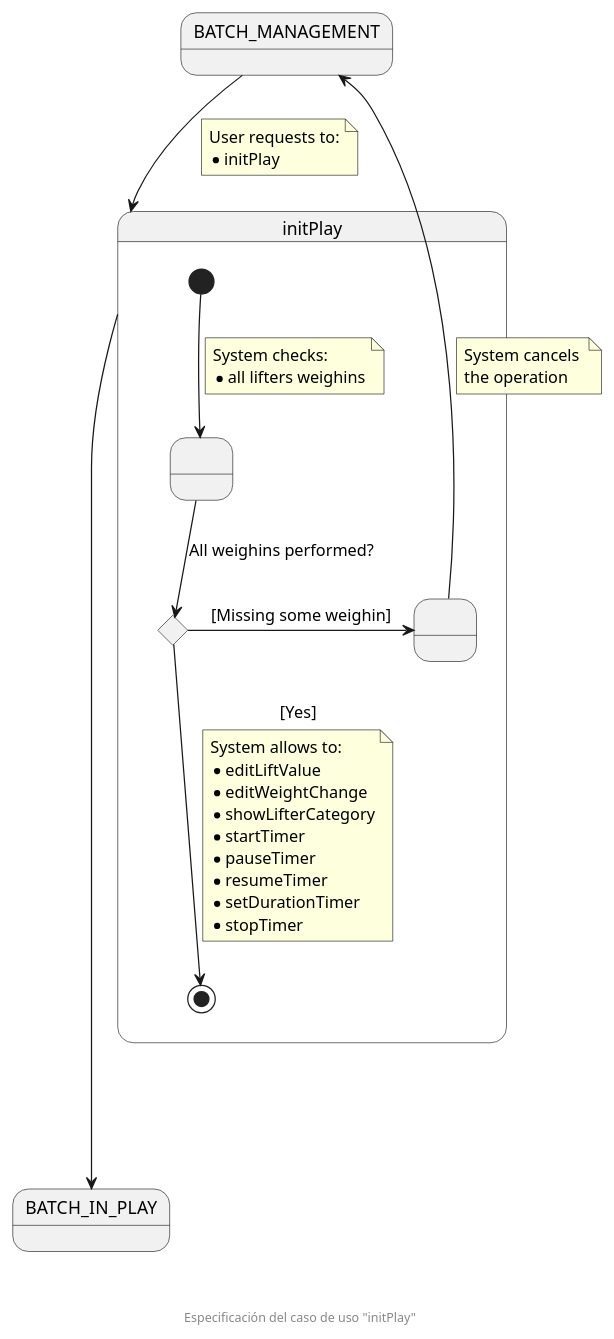
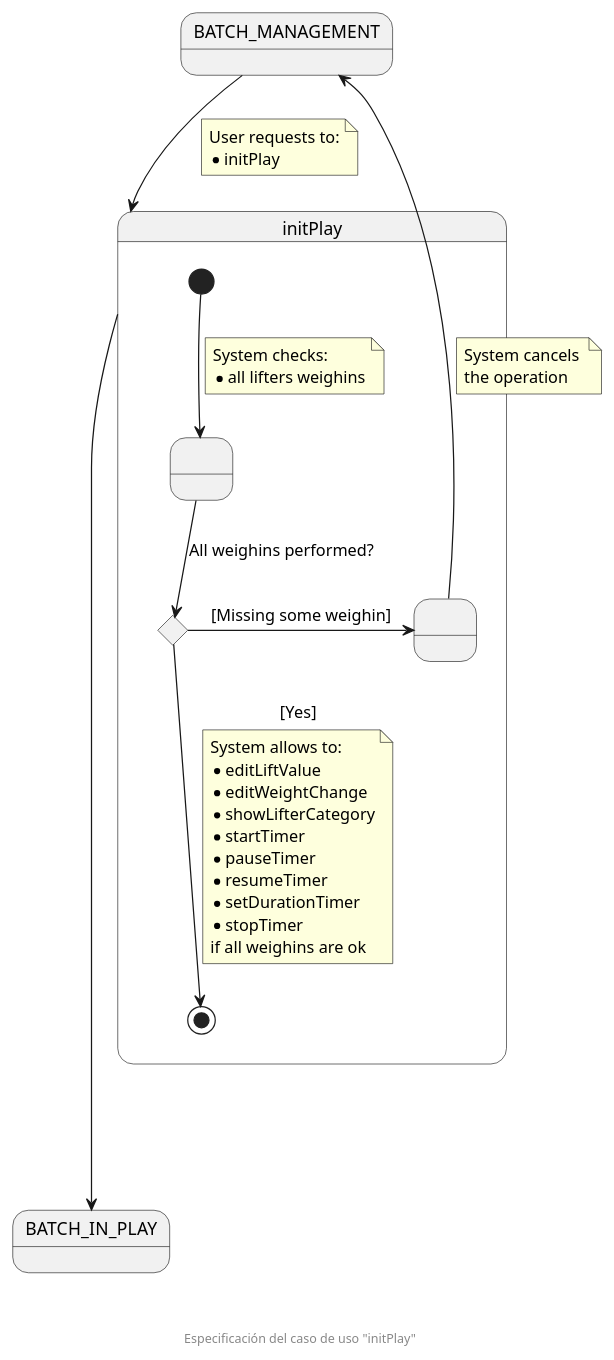
The diagram in documentation/diagrams/1_requirements/3_useCasesSpecification/competitionSecretary/02_initPlay.puml (zuldare/mastercloud_pfm_halterocms), drawn with PlantUML before and after one commit. The commit also changed 2 other files, not shown here.

```diff
--- a/documentation/diagrams/1_requirements/3_useCasesSpecification/competitionSecretary/02_initPlay.puml
+++ b/documentation/diagrams/1_requirements/3_useCasesSpecification/competitionSecretary/02_initPlay.puml
@@ -1,49 +1,50 @@
 @startuml
 state BATCH_MANAGEMENT
 state BATCH_IN_PLAY
 state initPlay {
   state " " as WEIGHINS_CHECKED
   state allWeighinsPerformedCHC <<choice>>
   state " " as MISSING_WEIGHINS
 
   [*] --> WEIGHINS_CHECKED
   note on link
     System checks:
     * all lifters weighins
   end note
   
   WEIGHINS_CHECKED --> allWeighinsPerformedCHC : All weighins performed?
 
   allWeighinsPerformedCHC -right-> MISSING_WEIGHINS : [Missing some weighin]
 
   MISSING_WEIGHINS -up-> BATCH_MANAGEMENT
   note on link
     System cancels 
     the operation
   end note
 
   allWeighinsPerformedCHC --> [*]: [Yes]
   note on link
     System allows to:
     * editLiftValue
     * editWeightChange
     * showLifterCategory
     * startTimer
     * pauseTimer
     * resumeTimer
     * setDurationTimer
     * stopTimer
+    if all weighins are ok
   end note
 
 }
 
 BATCH_MANAGEMENT --> initPlay
 note on link
   User requests to:
   * initPlay
 end note
 
 initPlay -down-----> BATCH_IN_PLAY
 
 footer \n\n\n Especificación del caso de uso "initPlay"
 @enduml
```
